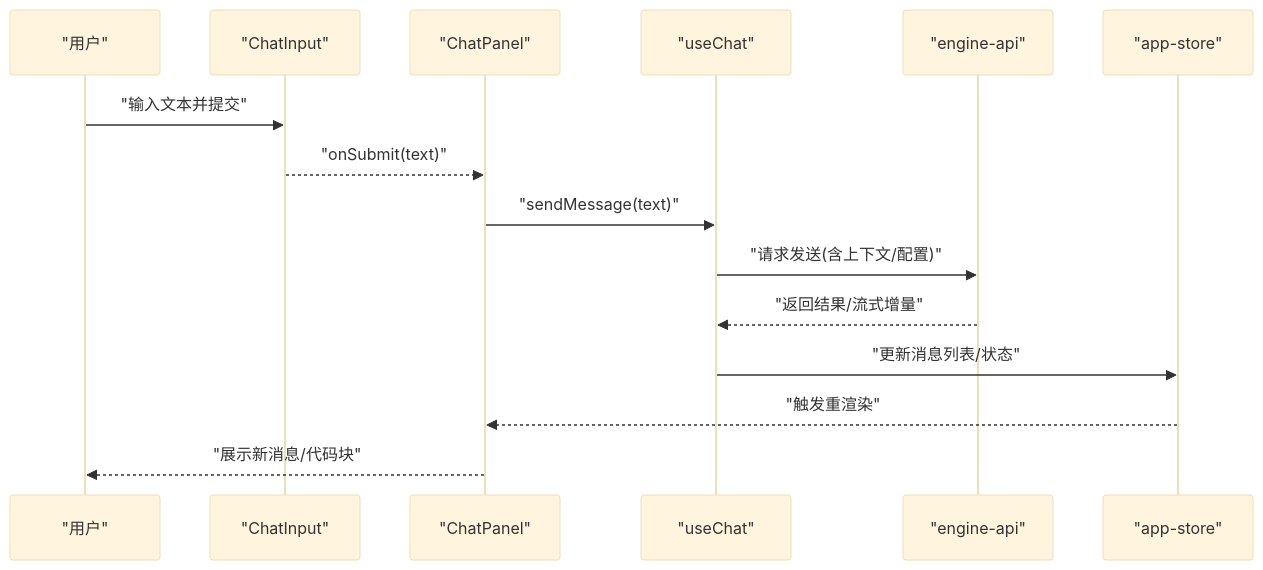
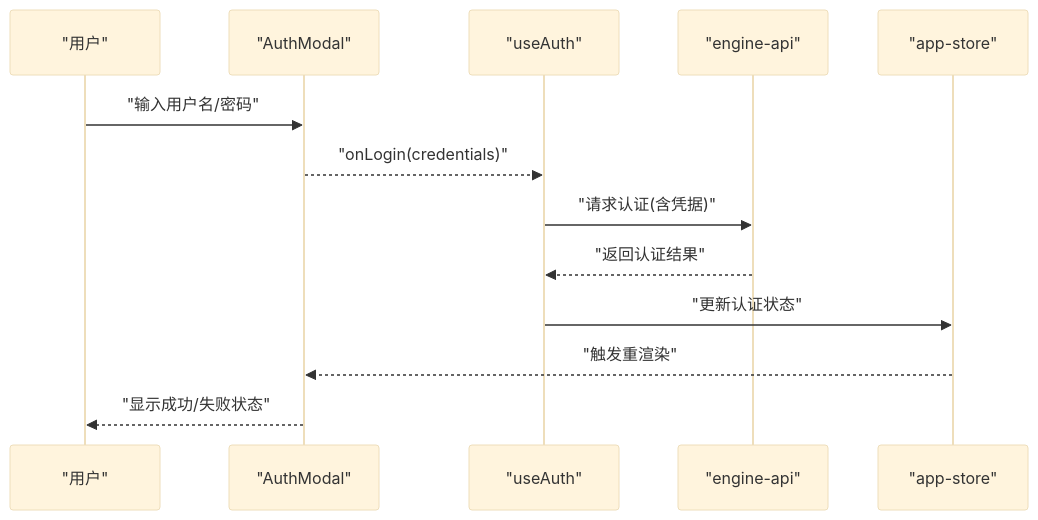
The second of 6 diagrams in .qoder/repowiki/zh/content/架构设计/分层架构详解/表现层（Presentation Layer）/React组件架构.md (kkutysllb/KCoder), drawn with Mermaid (base theme) before and after one commit. The commit also changed other lines of this file and 141 other files, not shown here.

````diff
--- a/.qoder/repowiki/zh/content/架构设计/分层架构详解/表现层（Presentation Layer）/React组件架构.md
+++ b/.qoder/repowiki/zh/content/架构设计/分层架构详解/表现层（Presentation Layer）/React组件架构.md
@@ -102,17 +113,15 @@
 ```mermaid
 sequenceDiagram
 participant U as "用户"
-participant CI as "ChatInput"
-participant CP as "ChatPanel"
-participant HC as "useChat"
+participant AM as "AuthModal"
+participant UA as "useAuth"
 participant EA as "engine-api"
 participant ST as "app-store"
-U->>CI : "输入文本并提交"
-CI-->>CP : "onSubmit(text)"
-CP->>HC : "sendMessage(text)"
-HC->>EA : "请求发送(含上下文/配置)"
-EA-->>HC : "返回结果/流式增量"
-HC->>ST : "更新消息列表/状态"
-ST-->>CP : "触发重渲染"
-CP-->>U : "展示新消息/代码块"
+U->>AM : "输入用户名/密码"
+AM-->>UA : "onLogin(credentials)"
+UA->>EA : "请求认证(含凭据)"
+EA-->>UA : "返回认证结果"
+UA->>ST : "更新认证状态"
+ST-->>AM : "触发重渲染"
+AM-->>U : "显示成功/失败状态"
 ```
````
